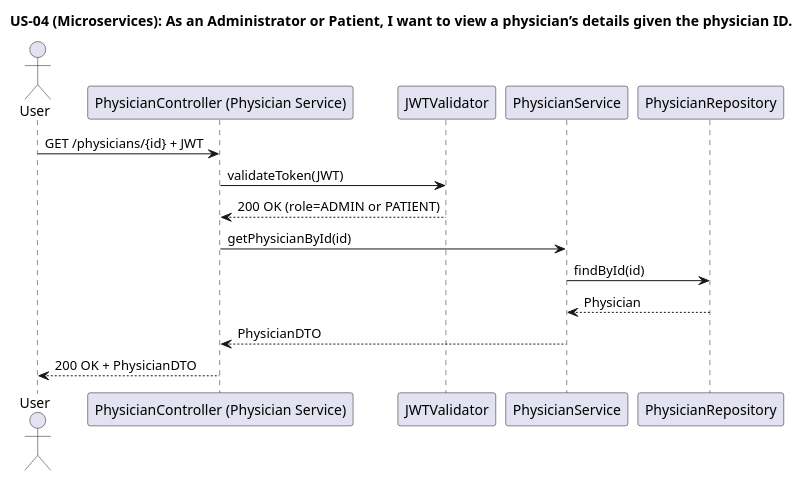
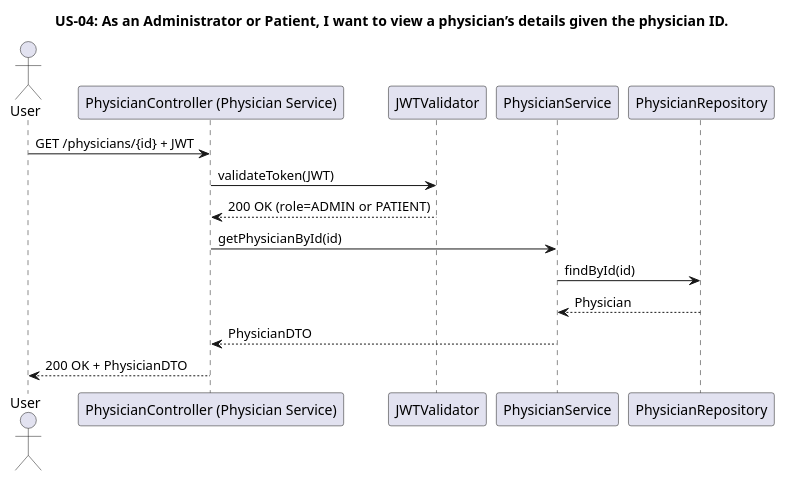
One commit to 1211104/PROJ_SIDIS2025 changed the diagram in docs/WP#1A/US-04.puml. Above: the diagram before and after it, drawn with PlantUML. The commit also changed 7 other files, not shown here.

```diff
--- a/docs/WP#1A/US-04.puml
+++ b/docs/WP#1A/US-04.puml
@@ -1,19 +1,19 @@
 @startuml
-title US-04 (Microservices): As an Administrator or Patient, I want to view a physician’s details given the physician ID.
+title US-04: As an Administrator or Patient, I want to view a physician’s details given the physician ID.
 
 actor User
 participant "PhysicianController (Physician Service)" as controller
 participant "JWTValidator" as jwt
 participant "PhysicianService" as service
 participant "PhysicianRepository" as repo
 
 User -> controller : GET /physicians/{id} + JWT
 controller -> jwt : validateToken(JWT)
 jwt --> controller : 200 OK (role=ADMIN or PATIENT)
 
 controller -> service : getPhysicianById(id)
 service -> repo : findById(id)
 repo --> service : Physician
 service --> controller : PhysicianDTO
 controller --> User : 200 OK + PhysicianDTO
 @enduml
```
